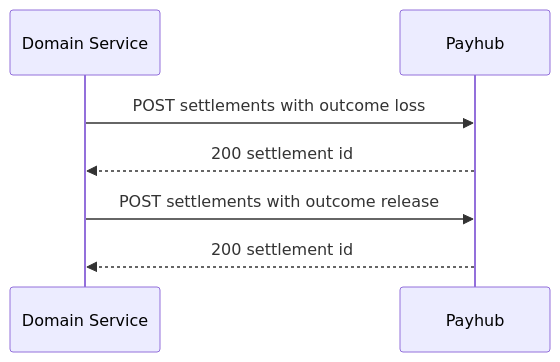
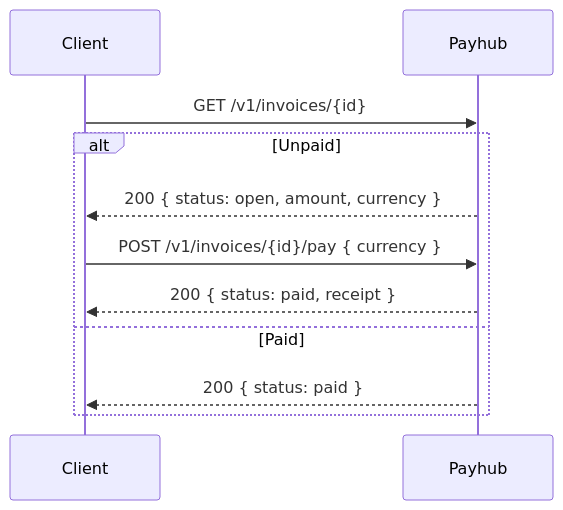
The fourth of 5 diagrams in miniapp-payhub-service.md (fuzeac/fuze-telegram-mini-app), drawn with Mermaid before and after one commit. The commit also changed other lines of this file, not shown here.

````diff
--- a/miniapp-payhub-service.md
+++ b/miniapp-payhub-service.md
@@ -94,9 +151,14 @@
 ```mermaid
 sequenceDiagram
-participant SVC as Domain Service
-participant PAY as Payhub
-SVC->>PAY: POST settlements with outcome loss
-PAY-->>SVC: 200 settlement id
-SVC->>PAY: POST settlements with outcome release
-PAY-->>SVC: 200 settlement id
+  participant UI as Client
+  participant PAY as Payhub
+
+  UI->>PAY: GET /v1/invoices/{id}
+  alt Unpaid
+    PAY-->>UI: 200 { status: open, amount, currency }
+    UI->>PAY: POST /v1/invoices/{id}/pay { currency }
+    PAY-->>UI: 200 { status: paid, receipt }
+  else Paid
+    PAY-->>UI: 200 { status: paid }
+  end
 ```
````
